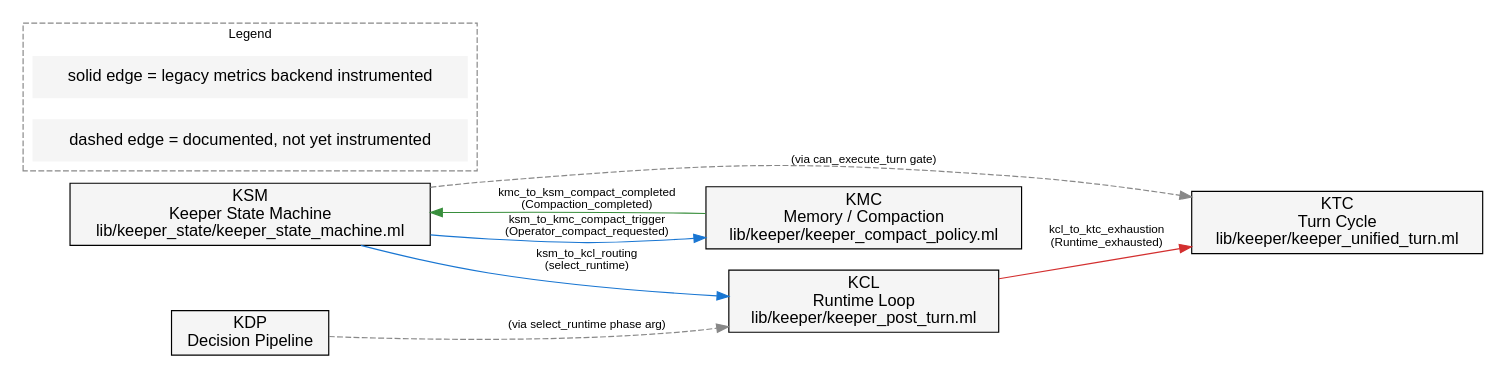
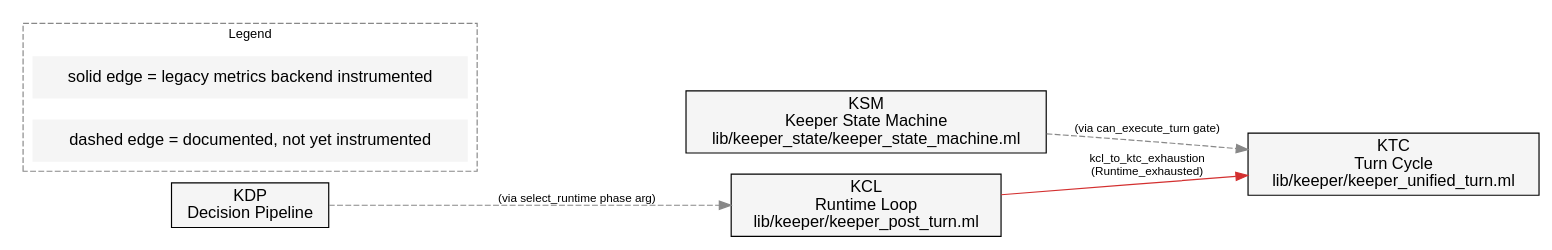
Before and after one commit to jeong-sik/masc: the diagram in docs/keeper-fsm-graph.dot, drawn with Graphviz. The commit also changed 244 other files, not shown here.

```diff
--- a/docs/keeper-fsm-graph.dot
+++ b/docs/keeper-fsm-graph.dot
@@ -1,82 +1,63 @@
 // keeper-fsm-graph.dot — Static cross-FSM coupling graph for the
-// keeper system (KSM / KTC / KDP / KCL / KMC).
+// keeper system (KSM / KTC / KDP / KCL).
 //
 // Each labeled edge corresponds to a [edge=<label>] value emitted by
 // the legacy metrics backend counter [masc_keeper_fsm_edge_transitions_total]
 // (declared in legacy metrics backend interface).
 //
 // Render:
 //   dot -Tsvg docs/keeper-fsm-graph.dot -o docs/keeper-fsm-graph.svg
 //
 // Validate the OCaml wiring still matches:
 //   bash scripts/validate-keeper-fsm-graph.sh
 //
 // References:
 //   - test/test_keeper_fsm_joints.ml (PR-H, joint invariant tests)
 
 digraph keeper_fsm {
   rankdir = LR;
   fontname = "Helvetica";
   node [shape=box, style=filled, fillcolor="#f5f5f5", fontname="Helvetica"];
   edge [fontname="Helvetica", fontsize=10];
 
-  // 5 sub-FSM nodes (RFC-0002 + RFC-0003).
+  // 4 sub-FSM nodes (RFC-0002 + RFC-0003).
   KSM [label="KSM\nKeeper State Machine\nlib/keeper_state/keeper_state_machine.ml"];
   KTC [label="KTC\nTurn Cycle\nlib/keeper/keeper_unified_turn.ml"];
   KDP [label="KDP\nDecision Pipeline"];
   KCL [label="KCL\nRuntime Loop\nlib/keeper/keeper_post_turn.ml"];
-  KMC [label="KMC\nMemory / Compaction\nlib/keeper/keeper_compact_policy.ml"];
 
   // ── Instrumented edges (counter labels match the OCaml call sites) ──
-
-  KSM -> KCL [
-    label = "ksm_to_kcl_routing\n(select_runtime)",
-    color = "#1976d2",
-    tooltip = "lib/keeper/keeper_unified_turn.ml:1086"
-  ];
-
-  KSM -> KMC [
-    label = "ksm_to_kmc_compact_trigger\n(Operator_compact_requested)",
-    color = "#1976d2",
-    tooltip = "lib/keeper/keeper_manual_compaction.ml (manual-only since #26546)"
-  ];
-
-  KMC -> KSM [
-    label = "kmc_to_ksm_compact_completed\n(Compaction_completed)",
-    color = "#388e3c",
-    tooltip = "lib/keeper/keeper_context_runtime.ml:198 + lib/keeper/keeper_unified_turn.ml:1925"
-  ];
 
   KCL -> KTC [
     label = "kcl_to_ktc_exhaustion\n(Runtime_exhausted)",
     color = "#d32f2f",
     tooltip = "lib/keeper/keeper_unified_turn.ml:1647"
   ];
 
   // ── Documented but un-instrumented edges (follow-up trail) ──
 
   KDP -> KCL [
     label = "(via select_runtime phase arg)",
     style = "dashed",
     color = "#888888",
-    tooltip = "Currently fused into ksm_to_kcl_routing; KDP signal arrives as the phase argument"
+    tooltip = "KDP signal arrives as the runtime selection phase argument"
   ];
 
   KSM -> KTC [
     label = "(via can_execute_turn gate)",
     style = "dashed",
     color = "#888888",
     tooltip = "Pure predicate keeper_state_machine.ml:can_execute_turn — no counter, gate read at every turn entry"
   ];
 
   // ── Legend ─────────────────────────────────────────────
   subgraph cluster_legend {
     label = "Legend";
     style = dashed;
     color = "#888888";
     fontsize = 11;
 
     legend_solid [label="solid edge = legacy metrics backend instrumented", shape=plaintext];
     legend_dashed [label="dashed edge = documented, not yet instrumented", shape=plaintext];
   }
 }
```
